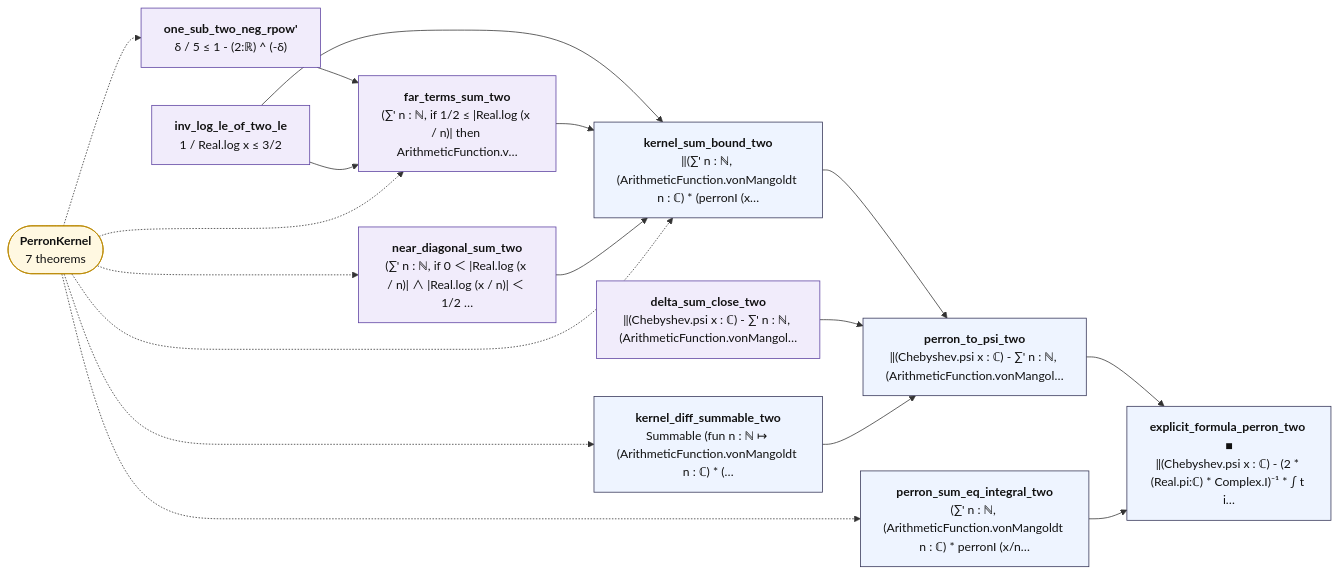
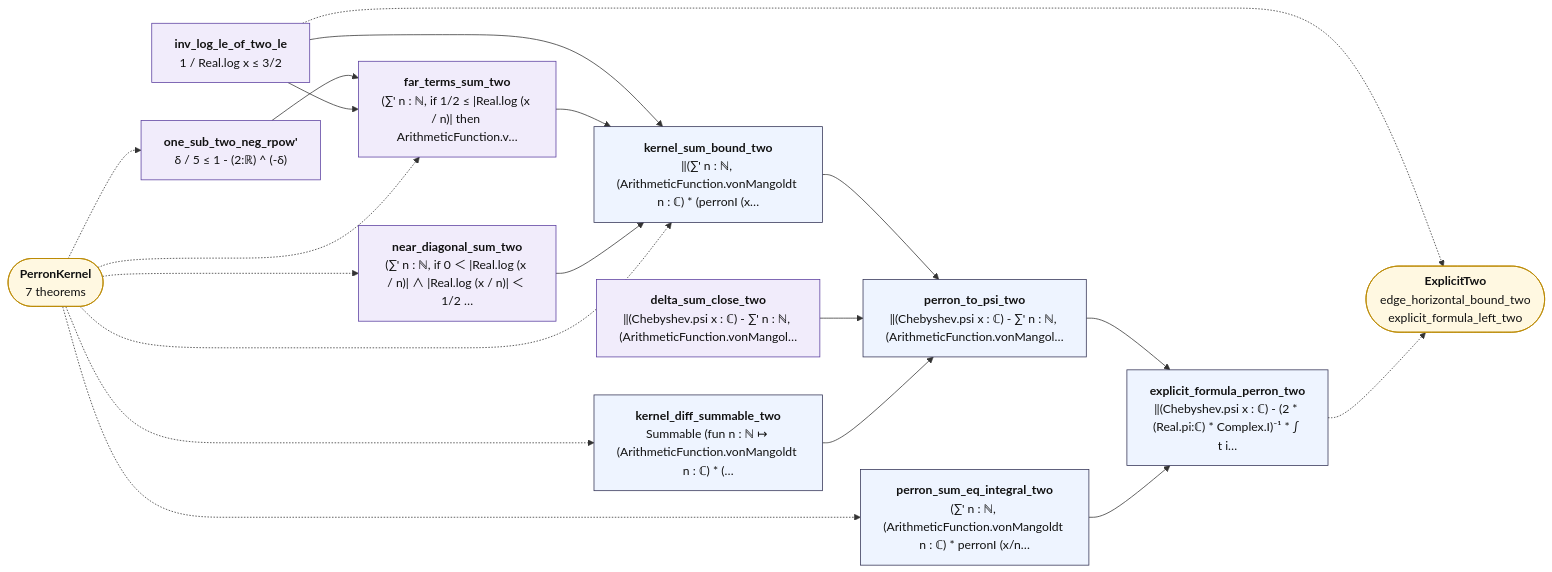
One commit to juliansambranojr/Primebeat_081426 changed the diagram in map/lean_stage3/PerronTwo.md. Above: the diagram before and after it, drawn with Mermaid. The commit also changed other lines of this file and 43 other files, not shown here.

First line of the commit message:
Block G2: the explicit formula at every height from x = 2 (unit 0464)

````diff
--- a/map/lean_stage3/PerronTwo.md
+++ b/map/lean_stage3/PerronTwo.md
@@ -14,38 +14,41 @@
 ```mermaid
 flowchart LR
   n0["<b>one_sub_two_neg_rpow'</b><br/>δ / 5 ≤ 1 - (2:ℝ) ^ (-δ)"]:::shp
   n1["<b>inv_log_le_of_two_le</b><br/>1 / Real.log x ≤ 3/2"]:::shp
   n2["<b>far_terms_sum_two</b><br/>(∑' n : ℕ, if 1/2 ≤ |Real.log (x / n)| then ArithmeticFunction.v…"]:::shp
   n3["<b>near_diagonal_sum_two</b><br/>(∑' n : ℕ, if 0 ＜ |Real.log (x / n)| ∧ |Real.log (x / n)| ＜ 1/2 …"]:::shp
   n4["<b>kernel_sum_bound_two</b><br/>‖(∑' n : ℕ, (ArithmeticFunction.vonMangoldt n : ℂ) * (perronI (x…"]:::thm
   n5["<b>delta_sum_close_two</b><br/>‖(Chebyshev.psi x : ℂ) - ∑' n : ℕ, (ArithmeticFunction.vonMangol…"]:::shp
   n6["<b>kernel_diff_summable_two</b><br/>Summable (fun n : ℕ ↦ (ArithmeticFunction.vonMangoldt n : ℂ) * (…"]:::thm
   n7["<b>perron_to_psi_two</b><br/>‖(Chebyshev.psi x : ℂ) - ∑' n : ℕ, (ArithmeticFunction.vonMangol…"]:::thm
   n8["<b>perron_sum_eq_integral_two</b><br/>(∑' n : ℕ, (ArithmeticFunction.vonMangoldt n : ℂ) * perronI (x/n…"]:::thm
-  n9["<b>explicit_formula_perron_two ■</b><br/>‖(Chebyshev.psi x : ℂ) - (2 * (Real.pi:ℂ) * Complex.I)⁻¹ * ∫ t i…"]:::thm
+  n9["<b>explicit_formula_perron_two</b><br/>‖(Chebyshev.psi x : ℂ) - (2 * (Real.pi:ℂ) * Complex.I)⁻¹ * ∫ t i…"]:::thm
   x0(["<b>PerronKernel</b><br/>7 theorems"]):::ext
+  x1(["<b>ExplicitTwo</b><br/>edge_horizontal_bound_two<br/>explicit_formula_left_two"]):::ext
   n0 --> n2
   n1 --> n2
   n1 --> n4
   n2 --> n4
   n3 --> n4
   n4 --> n7
   n5 --> n7
   n6 --> n7
   n7 --> n9
   n8 --> n9
+  n1 -.-> x1
+  n9 -.-> x1
   x0 -.-> n0
   x0 -.-> n2
   x0 -.-> n3
   x0 -.-> n4
   x0 -.-> n6
   x0 -.-> n8
   classDef cnt fill:#dff5ec,stroke:#17694a,color:#111
   classDef shp fill:#f1ecfb,stroke:#5b3fa0,color:#111
   classDef rh fill:#ffe5e5,stroke:#c22,color:#111,stroke-width:2px
   classDef thm fill:#eef4ff,stroke:#335,color:#111
   classDef end_ fill:#e7f7e7,stroke:#2a7,color:#111,stroke-width:2px
   classDef lone fill:#fff,stroke:#999,color:#111,stroke-dasharray:4 3
   classDef bad fill:#ffe5e5,stroke:#c22,color:#111,stroke-width:2px
   classDef ext fill:#fff8e1,stroke:#b80,color:#111
 ```
````
